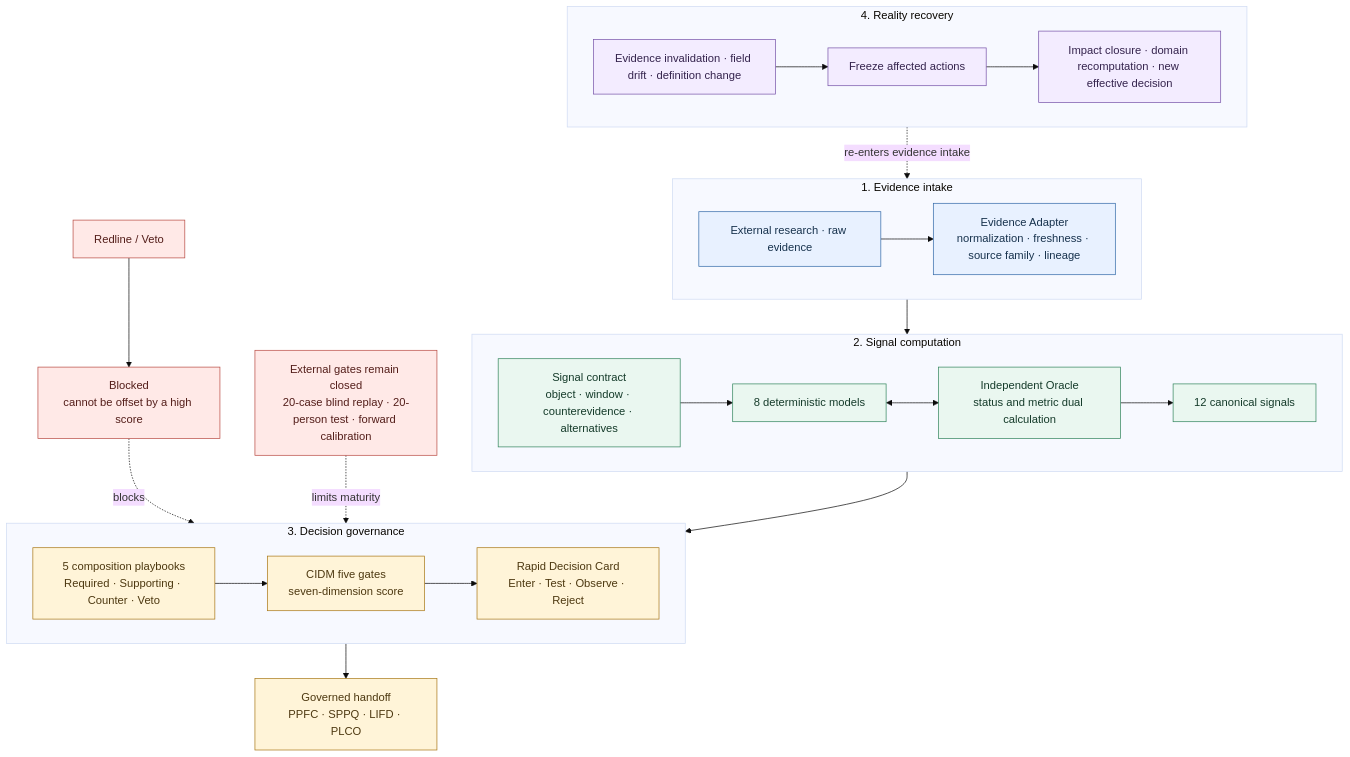
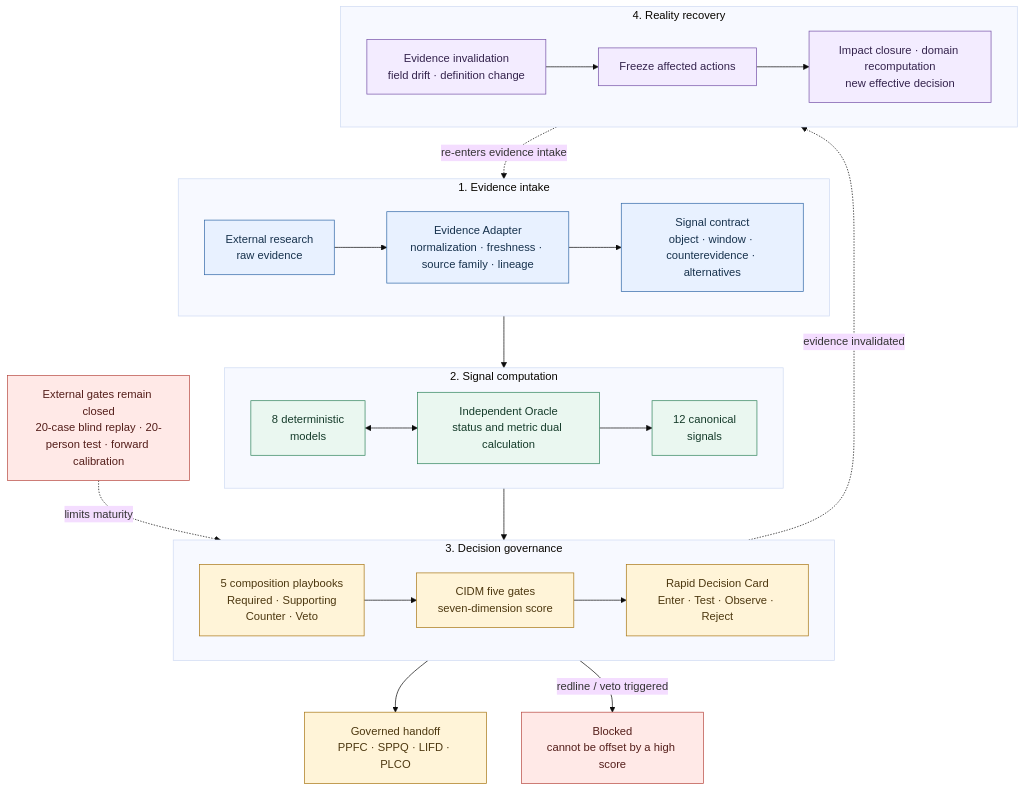
The first of 3 diagrams in README.en.md (saye-chen/CrossBorder-Decision-Lab), drawn with Mermaid (base theme) before and after one commit. The commit also changed 2 other files, not shown here.

Commit message:
Fix OSL diagram structure and layout

````diff
--- a/README.en.md
+++ b/README.en.md
@@ -17,44 +17,40 @@
 ```mermaid
 flowchart TB
     subgraph IN["1. Evidence intake"]
       direction LR
-      RAW["External research · raw evidence"] --> ADP["Evidence Adapter<br/>normalization · freshness · source family · lineage"]
+      RAW["External research<br/>raw evidence"] --> ADP["Evidence Adapter<br/>normalization · freshness · source family · lineage"]
+      ADP --> CON["Signal contract<br/>object · window · counterevidence · alternatives"]
     end
-
     subgraph CORE["2. Signal computation"]
       direction LR
-      CON["Signal contract<br/>object · window · counterevidence · alternatives"] --> MOD["8 deterministic models"]
-      MOD <--> ORA["Independent Oracle<br/>status and metric dual calculation"]
-      ORA --> SIG["12 canonical signals"]
+      MOD["8 deterministic<br/>models"] <--> ORA["Independent Oracle<br/>status and metric dual calculation"]
+      ORA --> SIG["12 canonical<br/>signals"]
     end
-
     subgraph DEC["3. Decision governance"]
       direction LR
-      PLAY["5 composition playbooks<br/>Required · Supporting · Counter · Veto"] --> GATE["CIDM five gates<br/>seven-dimension score"]
+      PLAY["5 composition playbooks<br/>Required · Supporting<br/>Counter · Veto"] --> GATE["CIDM five gates<br/>seven-dimension score"]
       GATE --> CARD["Rapid Decision Card<br/>Enter · Test · Observe · Reject"]
     end
-
     subgraph REC["4. Reality recovery"]
       direction LR
-      DRIFT["Evidence invalidation · field drift · definition change"] --> FREEZE["Freeze affected actions"]
-      FREEZE --> RECOMPUTE["Impact closure · domain recomputation · new effective decision"]
+      DRIFT["Evidence invalidation<br/>field drift · definition change"] --> FREEZE["Freeze affected actions"]
+      FREEZE --> RECOMPUTE["Impact closure · domain recomputation<br/>new effective decision"]
     end
-
-    IN --> CORE --> DEC
-    REC -.re-enters evidence intake.-> IN
-    GATE --> HAND["Governed handoff<br/>PPFC · SPPQ · LIFD · PLCO"]
-    VETO["Redline / Veto"] --> BLOCK["Blocked<br/>cannot be offset by a high score"]
-    BLOCK -.blocks.-> GATE
+    CON --> MOD
+    SIG --> PLAY
+    CARD --> HAND["Governed handoff<br/>PPFC · SPPQ · LIFD · PLCO"]
+    GATE -->|redline / veto triggered| BLOCK["Blocked<br/>cannot be offset by a high score"]
+    CARD -.evidence invalidated.-> DRIFT
+    RECOMPUTE -.re-enters evidence intake.-> RAW
     EXT["External gates remain closed<br/>20-case blind replay · 20-person test · forward calibration"] -.limits maturity.-> CARD
-
     classDef evidence fill:#e8f1ff,stroke:#3269a8,color:#17324d
     classDef signal fill:#eaf7f0,stroke:#31845c,color:#153b2a
     classDef decision fill:#fff4d8,stroke:#a87716,color:#4d3810
     classDef recovery fill:#f3ecff,stroke:#7652a8,color:#34234d
     classDef stop fill:#ffe9e7,stroke:#b84a42,color:#541e1a
-    class RAW,ADP evidence
-    class CON,MOD,ORA,SIG signal
+    class RAW,ADP,CON evidence
+    class MOD,ORA,SIG signal
     class PLAY,GATE,CARD,HAND decision
     class DRIFT,FREEZE,RECOMPUTE recovery
-    class VETO,BLOCK,EXT stop
+    class BLOCK,EXT stop
 ```
````
